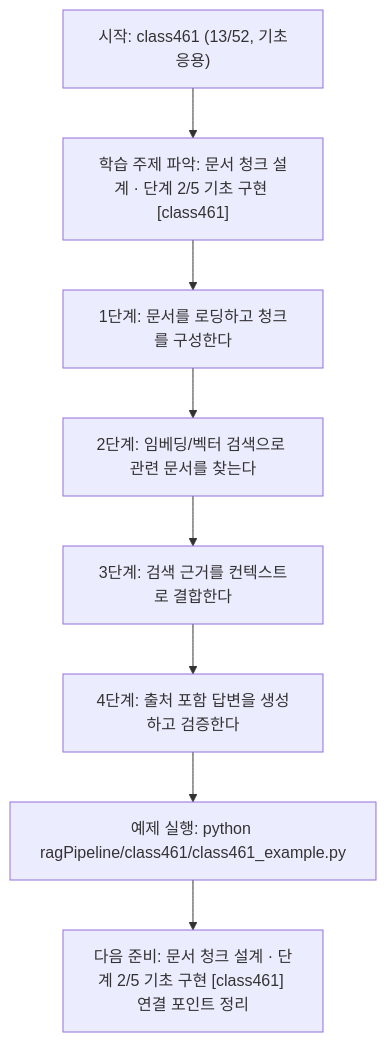
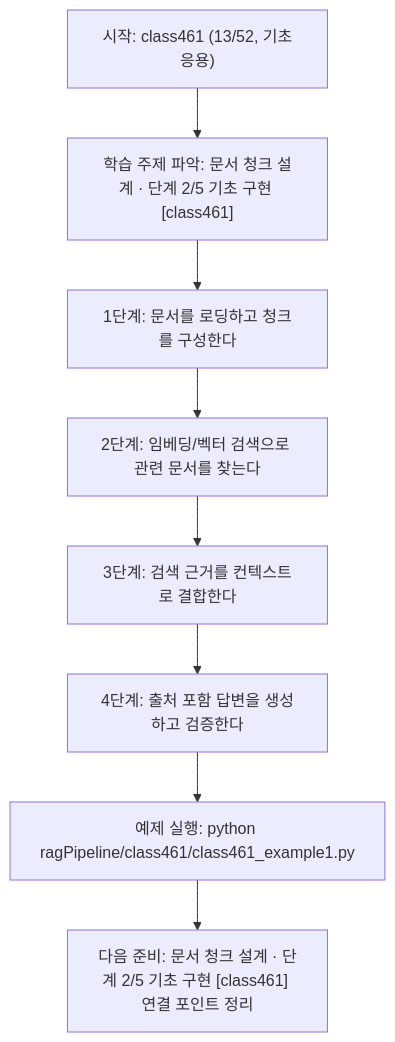
One commit to edumgt/Python-AI_Agent-Class changed the diagram in ragPipeline/class461/class461.md. Above: the diagram before and after it, drawn with Mermaid. The commit also changed other lines of this file and 2959 other files, not shown here.

````diff
--- a/ragPipeline/class461/class461.md
+++ b/ragPipeline/class461/class461.md
@@ -111,18 +111,18 @@
 ```mermaid
 flowchart TD
 N1["시작: class461 (13/52, 기초응용)"]
 N2["학습 주제 파악: 문서 청크 설계 · 단계 2/5 기초 구현 [class461]"]
 N3["1단계: 문서를 로딩하고 청크를 구성한다"]
 N4["2단계: 임베딩/벡터 검색으로 관련 문서를 찾는다"]
 N5["3단계: 검색 근거를 컨텍스트로 결합한다"]
 N6["4단계: 출처 포함 답변을 생성하고 검증한다"]
-N7["예제 실행: python ragPipeline/class461/class461_example.py"]
+N7["예제 실행: python ragPipeline/class461/class461_example1.py"]
 N8["다음 준비: 문서 청크 설계 · 단계 2/5 기초 구현 [class461] 연결 포인트 정리"]
 N1 --> N2
 N2 --> N3
 N3 --> N4
 N4 --> N5
 N5 --> N6
 N6 --> N7
 N7 --> N8
 ```
````
